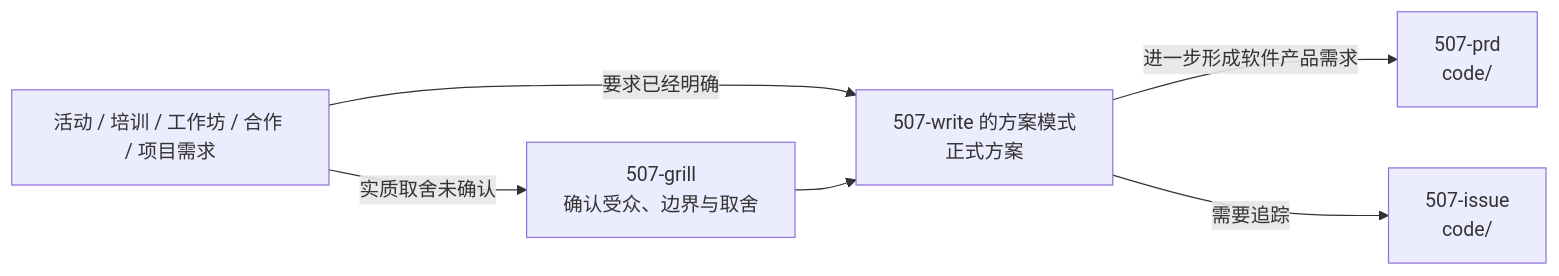
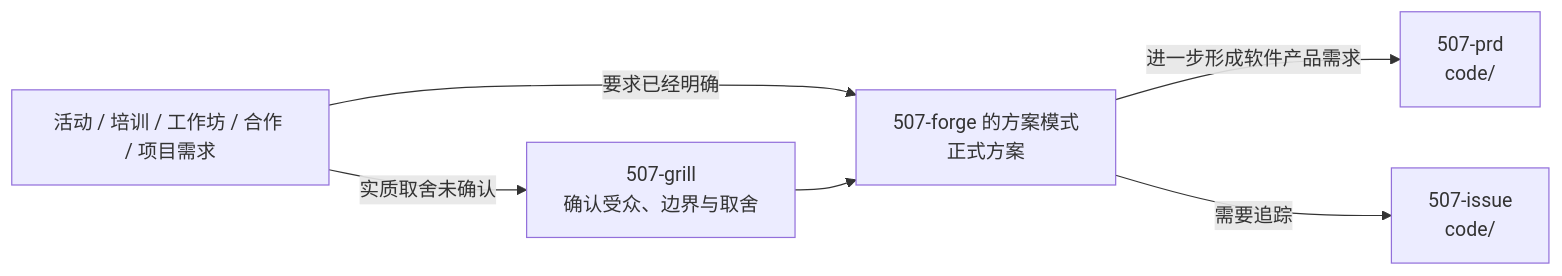
One commit to ssdiwu/507-skills changed the second of 3 diagrams in write/README.md. Above: the diagram before and after it, drawn with Mermaid. The commit also changed other lines of this file and 103 other files, not shown here.

````diff
--- a/write/README.md
+++ b/write/README.md
@@ -39,8 +39,8 @@
 ```mermaid
 flowchart LR
     need["活动 / 培训 / 工作坊 / 合作 / 项目需求"] -->|"实质取舍未确认"| grill["507-grill<br/>确认受众、边界与取舍"]
     need -->|"要求已经明确"| frame
-    grill --> frame["507-write 的方案模式<br/>正式方案"]
+    grill --> frame["507-forge 的方案模式<br/>正式方案"]
     frame -->|"进一步形成软件产品需求"| prd["507-prd<br/>code/"]
     frame -->|"需要追踪"| issue["507-issue<br/>code/"]
 ```
````
